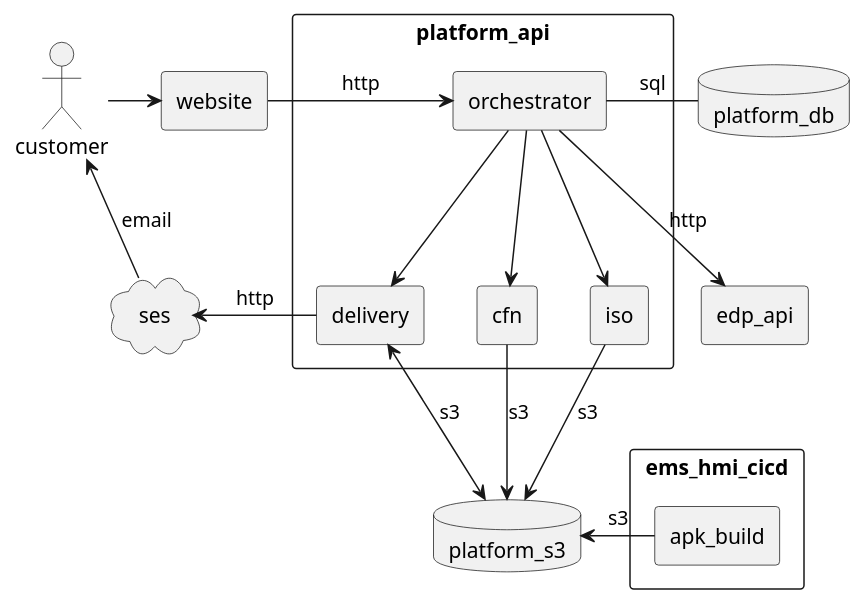
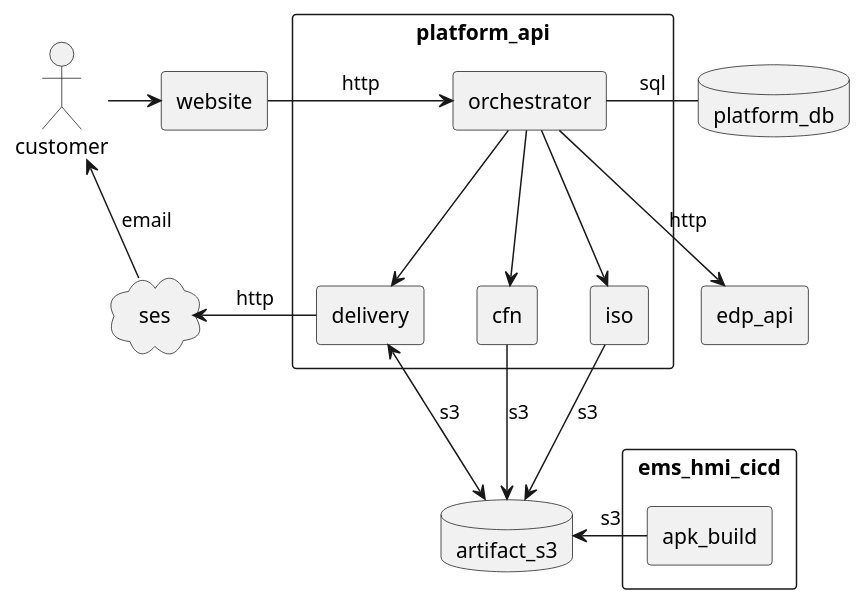
The first of 2 diagrams in readme.md (arcnode-io/platform-api), drawn with PlantUML before and after one commit. The commit also changed other lines of this file and 7 other files, not shown here.

````diff
--- a/readme.md
+++ b/readme.md
@@ -15,33 +15,33 @@
 ```plantuml
 actor customer
 rectangle platform_api {
   rectangle orchestrator
   rectangle cfn
   rectangle iso
   rectangle delivery
 }
 rectangle website
 rectangle edp_api
 
 rectangle ems_hmi_cicd {
   rectangle apk_build
 }
 
-database platform_s3
+database artifact_s3
 database platform_db
 cloud ses
 
 customer -r-> website
 website -r--> orchestrator: http
 orchestrator -r- platform_db: sql
 orchestrator --> edp_api: http
 orchestrator --> cfn 
 orchestrator --> iso
 orchestrator --> delivery
-cfn --> platform_s3: s3
-iso --> platform_s3: s3
-apk_build -r-> platform_s3: s3
-delivery <-u-> platform_s3: s3
+cfn --> artifact_s3: s3
+iso --> artifact_s3: s3
+apk_build -r-> artifact_s3: s3
+delivery <-u-> artifact_s3: s3
 delivery -l-> ses: http
 ses -u-> customer: email
 ```
````
